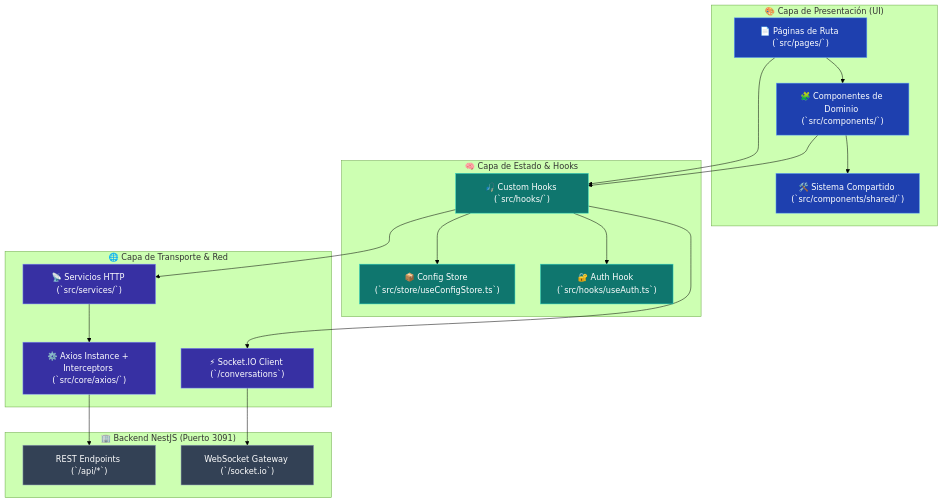
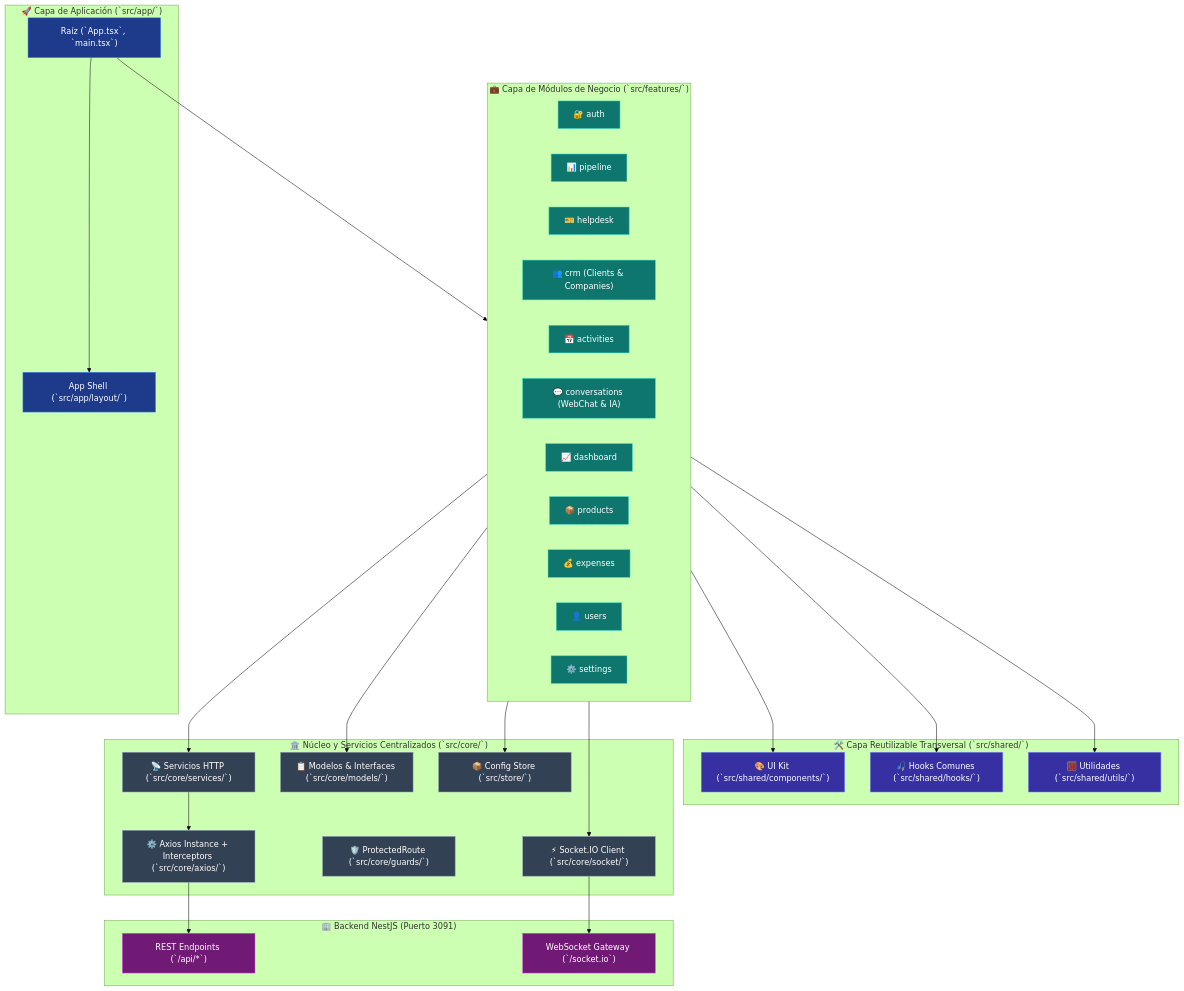
The diagram in Proyectos/CRM TIBS - Arquitectura Frontend & React 19.md (DesarrolloTibs/crm-tibs-app), drawn with Mermaid (forest theme) before and after one commit. The commit also changed other lines of this file and 1 other file, not shown here.

````diff
--- a/Proyectos/CRM TIBS - Arquitectura Frontend & React 19.md
+++ b/Proyectos/CRM TIBS - Arquitectura Frontend & React 19.md
@@ -22,49 +22,67 @@
 ```mermaid
 flowchart TD
-    subgraph CapaPresentacion ["🎨 Capa de Presentación (UI)"]
-        Pages["📄 Páginas de Ruta (`src/pages/`)"]
-        Components["🧩 Componentes de Dominio (`src/components/`)"]
-        Shared["🛠️ Sistema Compartido (`src/components/shared/`)"]
+    subgraph CapaApp ["🚀 Capa de Aplicación (`src/app/`)"]
+        AppRoot["Raíz (`App.tsx`, `main.tsx`)"]
+        Layout["App Shell (`src/app/layout/`)"]
     end
 
-    subgraph CapaEstado ["🧠 Capa de Estado & Hooks"]
-        Hooks["🎣 Custom Hooks (`src/hooks/`)"]
-        Store["📦 Config Store (`src/store/useConfigStore.ts`)"]
-        AuthHook["🔐 Auth Hook (`src/hooks/useAuth.ts`)"]
+    subgraph CapaFeatures ["💼 Capa de Módulos de Negocio (`src/features/`)"]
+        AuthFeat["🔐 auth"]
+        PipeFeat["📊 pipeline"]
+        HelpFeat["🎫 helpdesk"]
+        CrmFeat["👥 crm (Clients & Companies)"]
+        ActFeat["📅 activities"]
+        ChatFeat["💬 conversations (WebChat & IA)"]
+        DashFeat["📈 dashboard"]
+        ProdFeat["📦 products"]
+        ExpFeat["💰 expenses"]
+        UserFeat["👤 users"]
+        SettFeat["⚙️ settings"]
     end
 
-    subgraph CapaTransporte ["🌐 Capa de Transporte & Red"]
-        Services["📡 Servicios HTTP (`src/services/`)"]
+    subgraph CapaShared ["🛠️ Capa Reutilizable Transversal (`src/shared/`)"]
+        SharedUI["🎨 UI Kit (`src/shared/components/`)"]
+        SharedHooks["🎣 Hooks Comunes (`src/shared/hooks/`)"]
+        SharedUtils["🧮 Utilidades (`src/shared/utils/`)"]
+    end
+
+    subgraph CapaCore ["🏛️ Núcleo y Servicios Centralizados (`src/core/`)"]
+        Services["📡 Servicios HTTP (`src/core/services/`)"]
         Axios["⚙️ Axios Instance + Interceptors (`src/core/axios/`)"]
-        Sockets["⚡ Socket.IO Client (`/conversations`)"]
+        Guards["🛡️ ProtectedRoute (`src/core/guards/`)"]
+        Models["📋 Modelos & Interfaces (`src/core/models/`)"]
+        Sockets["⚡ Socket.IO Client (`src/core/socket/`)"]
+        Store["📦 Config Store (`src/store/`)"]
     end
 
     subgraph Backend ["🏢 Backend NestJS (Puerto 3091)"]
         API["REST Endpoints (`/api/*`)"]
         WSGateway["WebSocket Gateway (`/socket.io`)"]
     end
 
-    Pages --> Components
-    Components --> Shared
-    Pages --> Hooks
-    Components --> Hooks
-
-    Hooks --> Store
-    Hooks --> AuthHook
-    Hooks --> Services
-    Hooks --> Sockets
+    AppRoot --> Layout
+    AppRoot --> CapaFeatures
+    CapaFeatures --> SharedUI
+    CapaFeatures --> SharedHooks
+    CapaFeatures --> SharedUtils
+    CapaFeatures --> Services
+    CapaFeatures --> Models
+    CapaFeatures --> Store
+    CapaFeatures --> Sockets
 
     Services --> Axios
     Axios --> API
     Sockets --> WSGateway
 
-    classDef ui fill:#1e40af,stroke:#60a5fa,color:#fff;
-    classDef state fill:#0f766e,stroke:#2dd4bf,color:#fff;
-    classDef net fill:#3730a3,stroke:#818cf8,color:#fff;
-    classDef bnd fill:#334155,stroke:#94a3b8,color:#fff;
+    classDef app fill:#1e3a8a,stroke:#3b82f6,color:#fff;
+    classDef feat fill:#0f766e,stroke:#2dd4bf,color:#fff;
+    classDef shared fill:#3730a3,stroke:#818cf8,color:#fff;
+    classDef core fill:#334155,stroke:#94a3b8,color:#fff;
+    classDef bnd fill:#701a75,stroke:#d946ef,color:#fff;
 
-    class Pages,Components,Shared ui;
-    class Hooks,Store,AuthHook state;
-    class Services,Axios,Sockets net;
+    class AppRoot,Layout app;
+    class AuthFeat,PipeFeat,HelpFeat,CrmFeat,ActFeat,ChatFeat,DashFeat,ProdFeat,ExpFeat,UserFeat,SettFeat feat;
+    class SharedUI,SharedHooks,SharedUtils shared;
+    class Services,Axios,Guards,Models,Sockets,Store core;
     class API,WSGateway bnd;
 ```
````
